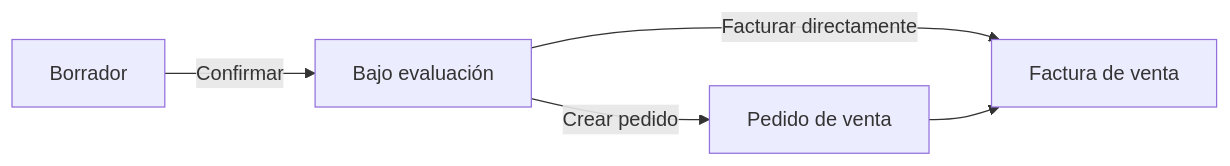
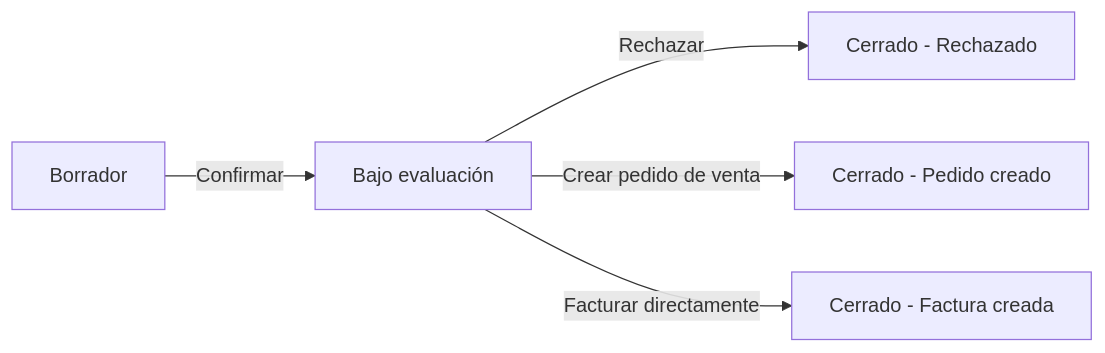
One commit to etendosoftware/etendo-go-docs changed the diagram in docs/es/comercial/ventas/crear-y-gestionar-presupuestos/crear-y-gestionar-presupuestos.md. Above: the diagram before and after it, drawn with Mermaid. The commit also changed other lines of this file and 21 other files, not shown here.

````diff
--- a/docs/es/comercial/ventas/crear-y-gestionar-presupuestos/crear-y-gestionar-presupuestos.md
+++ b/docs/es/comercial/ventas/crear-y-gestionar-presupuestos/crear-y-gestionar-presupuestos.md
@@ -22,7 +22,7 @@
 ```mermaid
 flowchart LR
   A[Borrador] -->|Confirmar| B[Bajo evaluación]
-  B -->|Crear pedido| C[Pedido de venta]
-  B -->|Facturar directamente| D[Factura de venta]
-  C --> D
+  B -->|Rechazar| R[Cerrado - Rechazado]
+  B -->|Crear pedido de venta| C[Cerrado - Pedido creado]
+  B -->|Facturar directamente| D[Cerrado - Factura creada]
 ```
````
